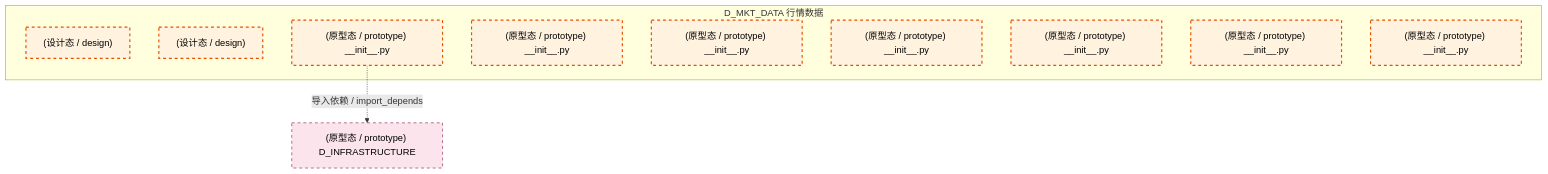
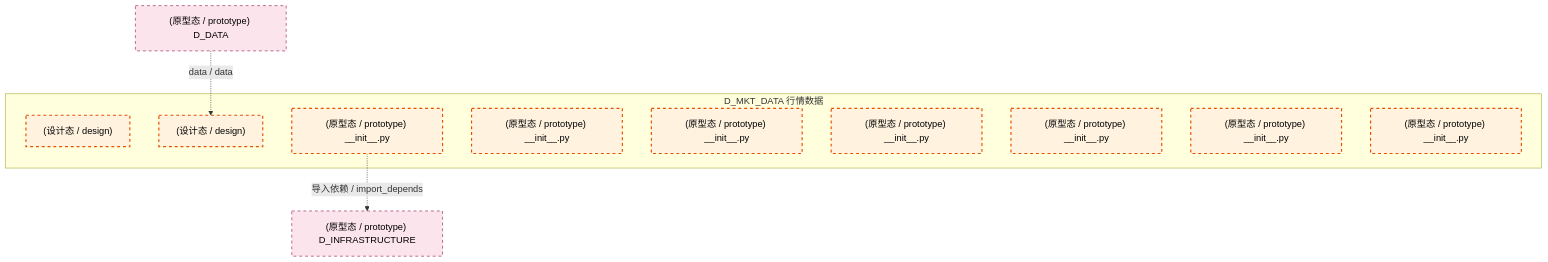
The first of 4 diagrams in docs/02_enterprise_architecture/02_domain_architecture_docs/20_d_mkt_data.md (xuanFelixVan/ZephyrAlpha), drawn with Mermaid before and after one commit. The commit also changed other lines of this file and 126 other files, not shown here.

````diff
--- a/docs/02_enterprise_architecture/02_domain_architecture_docs/20_d_mkt_data.md
+++ b/docs/02_enterprise_architecture/02_domain_architecture_docs/20_d_mkt_data.md
@@ -72,22 +72,24 @@
 ```mermaid
 graph TD
     subgraph D_MKT_DATA["D_MKT_DATA 行情数据"]
         docs_03_modules_cross_layer_database_sub_blueprints_c1_market_clickhouse_md["(设计态 / design) "]
         docs_03_modules_domain_data_data_source_operation_manual_md["(设计态 / design) "]
         src_zephyr_market_data_init_py["(原型态 / prototype) __init__.py"]
         src_zephyr_market_data_extensions_init_py["(原型态 / prototype) __init__.py"]
         src_zephyr_market_data_api_init_py["(原型态 / prototype) __init__.py"]
         src_zephyr_market_data_core_init_py["(原型态 / prototype) __init__.py"]
         src_zephyr_market_data_infrastructure_init_py["(原型态 / prototype) __init__.py"]
         src_zephyr_market_data_models_init_py["(原型态 / prototype) __init__.py"]
         src_zephyr_market_data_services_init_py["(原型态 / prototype) __init__.py"]
     end
     D_INFRASTRUCTURE["(原型态 / prototype) D_INFRASTRUCTURE"]
     src_zephyr_market_data_init_py -.->|导入依赖 / import_depends| D_INFRASTRUCTURE
+    D_DATA["(原型态 / prototype) D_DATA"]
+    D_DATA -.->|data / data| docs_03_modules_domain_data_data_source_operation_manual_md
     classDef production fill:#e1f5fe,stroke:#01579b,stroke-width:2px,color:#000
     classDef design fill:#fff3e0,stroke:#e65100,stroke-width:2px,color:#000,stroke-dasharray: 5 5
     classDef external_prod fill:#e8f5e9,stroke:#1b5e20,stroke-width:1px,color:#000
     classDef external_design fill:#fce4ec,stroke:#880e4f,stroke-width:1px,color:#000,stroke-dasharray: 5 5
     class docs_03_modules_cross_layer_database_sub_blueprints_c1_market_clickhouse_md,docs_03_modules_domain_data_data_source_operation_manual_md,src_zephyr_market_data_init_py,src_zephyr_market_data_extensions_init_py,src_zephyr_market_data_api_init_py,src_zephyr_market_data_core_init_py,src_zephyr_market_data_infrastructure_init_py,src_zephyr_market_data_models_init_py,src_zephyr_market_data_services_init_py design
-    class D_INFRASTRUCTURE external_design
+    class D_INFRASTRUCTURE,D_DATA external_design
 ```
````
